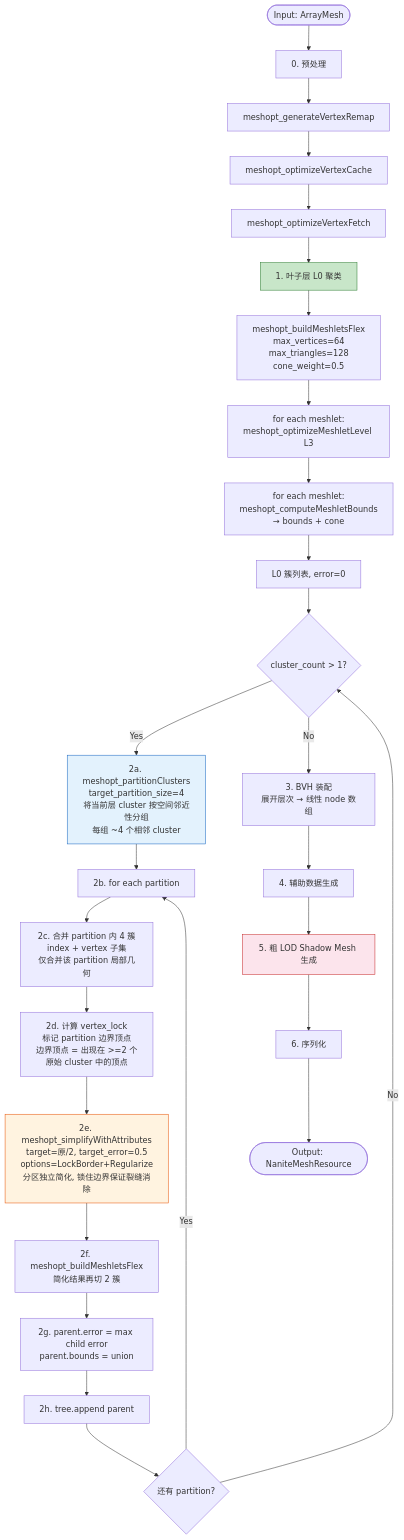
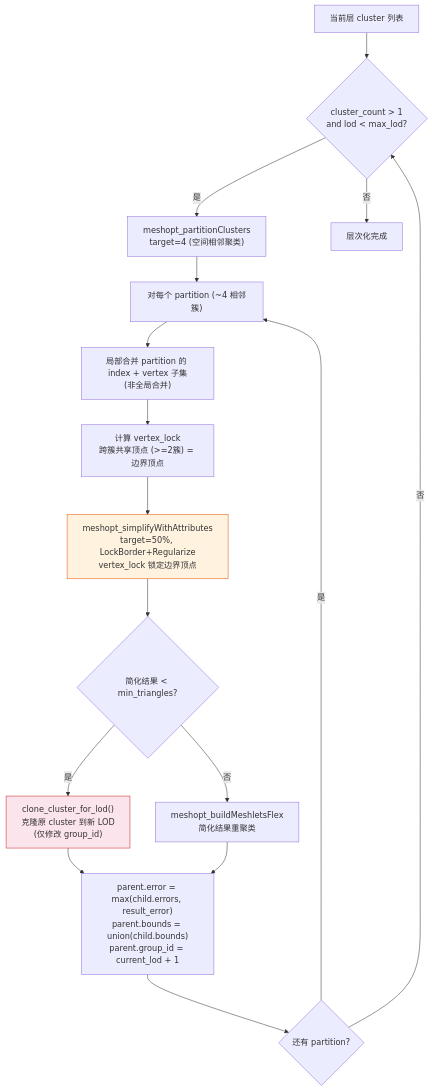
The ninth of 18 diagrams in nanite_doc/nanite-overall-design.md (alonecat06/godot), drawn with Mermaid before and after one commit. The commit also changed other lines of this file, not shown here.

First line of the commit message:
docs(nanite): 合并章节8+9为"阶段零：离线构建数据与预览"

````diff
--- a/nanite_doc/nanite-overall-design.md
+++ b/nanite_doc/nanite-overall-design.md
@@ -1100,37 +1105,21 @@
 ```mermaid
 flowchart TD
-    Start([Input: ArrayMesh]) --> Pre[0. 预处理]
-    Pre --> Pre1[meshopt_generateVertexRemap]
-    Pre1 --> Pre2[meshopt_optimizeVertexCache]
-    Pre2 --> Pre3[meshopt_optimizeVertexFetch]
-    Pre3 --> L0[1. 叶子层 L0 聚类]
-
-    L0 --> L0a[meshopt_buildMeshletsFlex<br/>max_vertices=64<br/>max_triangles=128<br/>cone_weight=0.5]
-    L0a --> L0b[for each meshlet:<br/>meshopt_optimizeMeshletLevel L3]
-    L0b --> L0c[for each meshlet:<br/>meshopt_computeMeshletBounds<br/>→ bounds + cone]
-    L0c --> L0d[L0 簇列表, error=0]
-
-    L0d --> Loop{cluster_count > 1?}
-    Loop -- Yes --> Part[2a. meshopt_partitionClusters<br/>target_partition_size=4<br/>将当前层 cluster 按空间邻近性分组<br/>每组 ~4 个相邻 cluster]
-    Part --> ForEach[2b. for each partition]
-    ForEach --> Merge[2c. 合并 partition 内 4 簇<br/>index + vertex 子集<br/>仅合并该 partition 局部几何]
-    Merge --> Lock[2d. 计算 vertex_lock<br/>标记 partition 边界顶点<br/>边界顶点 = 出现在 >=2 个原始 cluster 中的顶点]
-    Lock --> Simp[2e. meshopt_simplifyWithAttributes<br/>target=原/2, target_error=0.5<br/>options=LockBorder+Regularize<br/>分区独立简化, 锁住边界保证裂缝消除]
-    Simp --> Recluster[2f. meshopt_buildMeshletsFlex<br/>简化结果再切 2 簇]
-    Recluster --> Bounds2[2g. parent.error = max child error<br/>parent.bounds = union]
-    Bounds2 --> Append[2h. tree.append parent]
-    Append --> NextPart{还有 partition?}
-    NextPart -- Yes --> ForEach
-    NextPart -- No --> Loop
-
-    Loop -- No --> BVH[3. BVH 装配<br/>展开层次 → 线性 node 数组]
-    BVH --> Aux[4. 辅助数据生成]
-    Aux --> Shadow[5. 粗 LOD Shadow Mesh 生成]
-    Shadow --> Ser[6. 序列化]
-    Ser --> Out([Output: NaniteMeshResource])
-
-    style L0 fill:#c8e6c9,stroke:#2e7d32
-    style Part fill:#e3f2fd,stroke:#1565c0
-    style Simp fill:#fff3e0,stroke:#e65100
-    style Shadow fill:#fce4ec,stroke:#c62828
+    Start["当前层 cluster 列表"] --> Check{cluster_count > 1<br/>and lod < max_lod?}
+    Check -- "是" --> Part["meshopt_partitionClusters<br/>target=4 (空间相邻聚类)"]
+    Part --> Loop["对每个 partition (~4 相邻簇)"]
+    Loop --> Merge["局部合并 partition 的 index + vertex 子集<br/>(非全局合并)"]
+    Merge --> Lock["计算 vertex_lock<br/>跨簇共享顶点 (>=2簇) = 边界顶点"]
+    Lock --> Simplify["meshopt_simplifyWithAttributes<br/>target=50%, LockBorder+Regularize<br/>vertex_lock 锁定边界顶点"]
+    Simplify --> Bailout{简化结果 < min_triangles?}
+    Bailout -- "是" --> Clone["clone_cluster_for_lod()<br/>克隆原 cluster 到新 LOD<br/>(仅修改 group_id)"]
+    Bailout -- "否" --> Recluster["meshopt_buildMeshletsFlex<br/>简化结果重聚类"]
+    Clone --> Parent["parent.error = max(child.errors, result_error)<br/>parent.bounds = union(child.bounds)<br/>parent.group_id = current_lod + 1"]
+    Recluster --> Parent
+    Parent --> NextPart{还有 partition?}
+    NextPart -- "是" --> Loop
+    NextPart -- "否" --> Check
+    Check -- "否" --> Done["层次化完成"]
+    
+    style Simplify fill:#fff3e0,stroke:#e65100
+    style Clone fill:#fce4ec,stroke:#c62828
 ```
````
